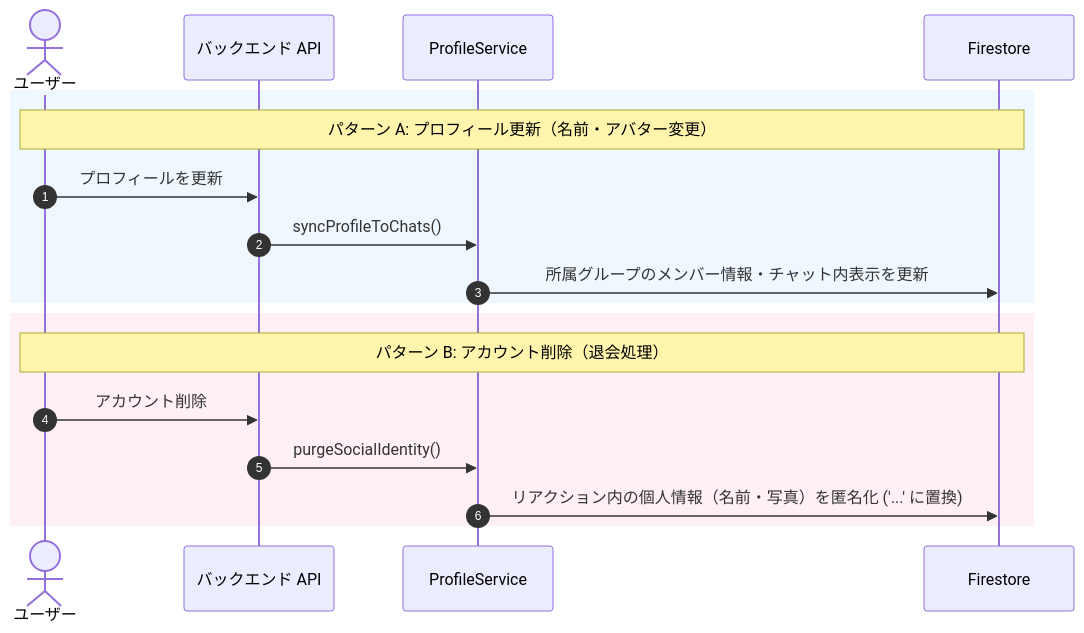
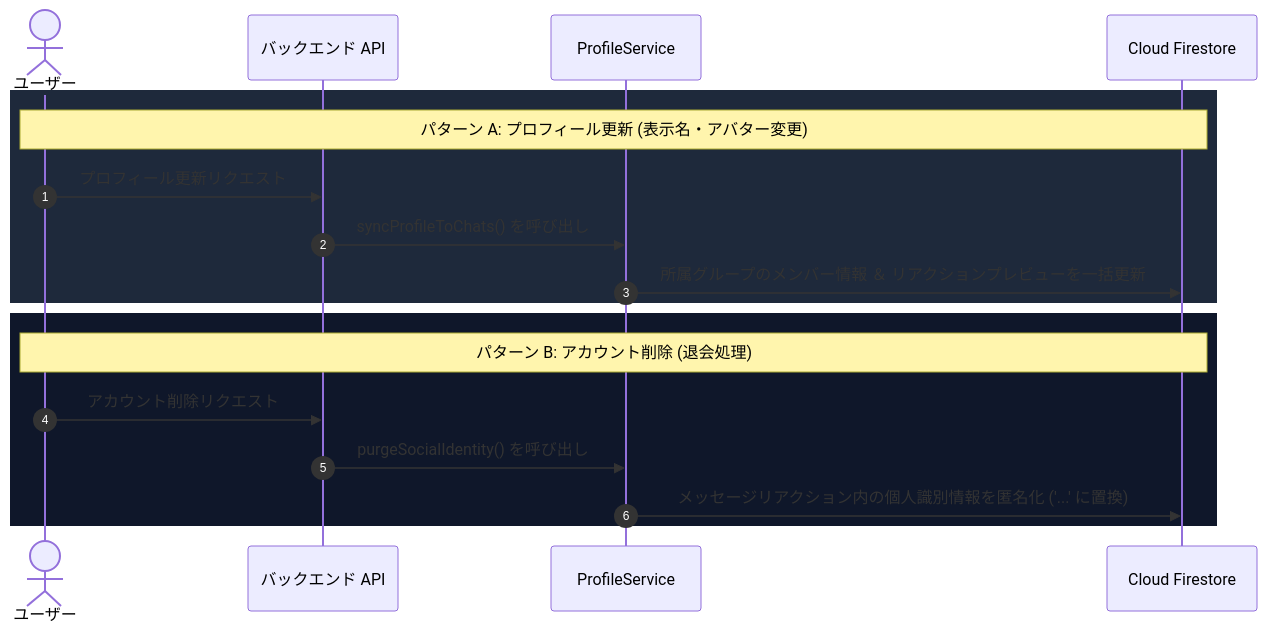
One commit to ScriptureHabit/scripture-habit changed the diagram in docs/ja/profile-sync-anonymization.md. Above: the diagram before and after it, drawn with Mermaid. The commit also changed other lines of this file and 57 other files, not shown here.

Commit message:
docs: refine documentation prose and add structured diagram breakdowns across JA and EN

````diff
--- a/docs/ja/profile-sync-anonymization.md
+++ b/docs/ja/profile-sync-anonymization.md
@@ -11,22 +11,22 @@
 ```mermaid
 sequenceDiagram
     autonumber
     actor User as ユーザー
     participant API as バックエンド API
     participant PS as ProfileService
-    participant DB as Firestore
+    participant DB as Cloud Firestore
 
-    rect rgb(240, 248, 255)
-        Note over User,DB: パターン A: プロフィール更新（名前・アバター変更）
-        User->>API: プロフィールを更新
-        API->>PS: syncProfileToChats()
-        PS->>DB: 所属グループのメンバー情報・チャット内表示を更新
+    rect rgb(30, 41, 59)
+        Note over User,DB: パターン A: プロフィール更新 (表示名・アバター変更)
+        User->>API: プロフィール更新リクエスト
+        API->>PS: syncProfileToChats() を呼び出し
+        PS->>DB: 所属グループのメンバー情報 ＆ リアクションプレビューを一括更新
     end
 
-    rect rgb(255, 240, 245)
-        Note over User,DB: パターン B: アカウント削除（退会処理）
-        User->>API: アカウント削除
-        API->>PS: purgeSocialIdentity()
-        PS->>DB: リアクション内の個人情報（名前・写真）を匿名化 ('...' に置換)
+    rect rgb(15, 23, 42)
+        Note over User,DB: パターン B: アカウント削除 (退会処理)
+        User->>API: アカウント削除リクエスト
+        API->>PS: purgeSocialIdentity() を呼び出し
+        PS->>DB: メッセージリアクション内の個人識別情報を匿名化 ('...' に置換)
     end
 ```
````
